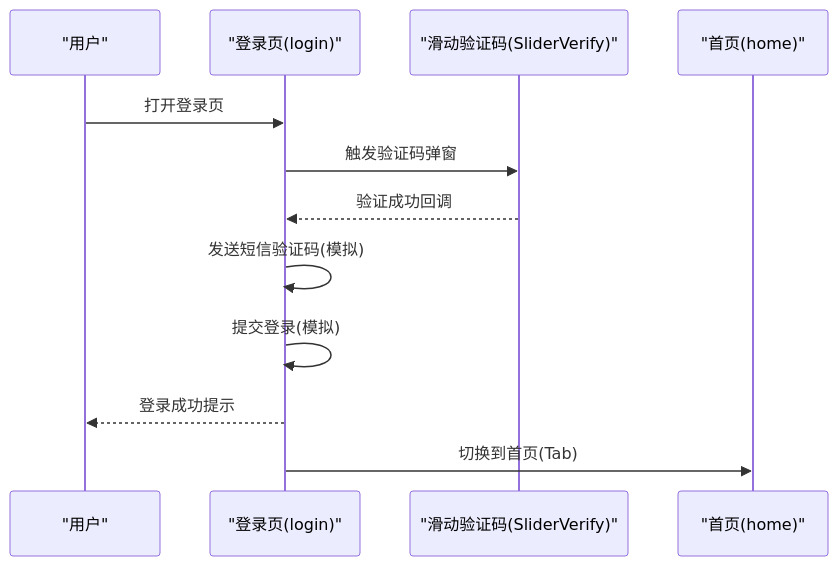
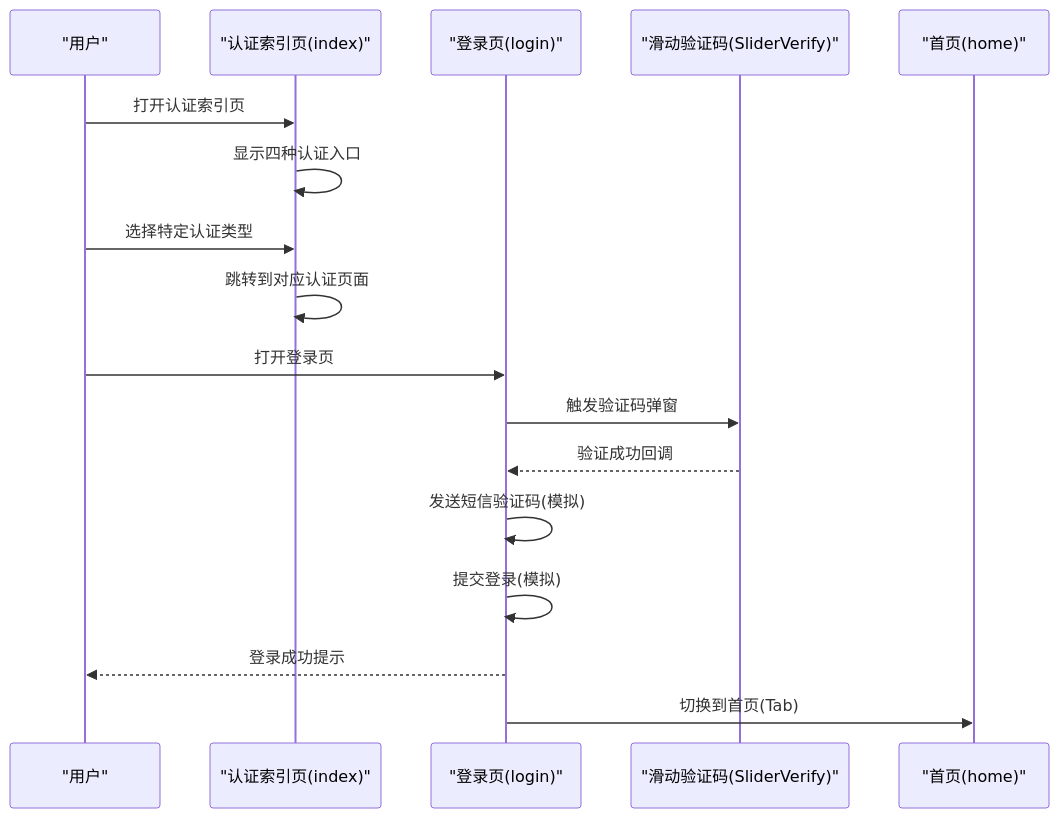
The second of 13 diagrams in .qoder/repowiki/zh/content/页面组件.md (zuolinbao/redbook), drawn with Mermaid before and after one commit. The commit also changed other lines of this file and 10 other files, not shown here.

````diff
--- a/.qoder/repowiki/zh/content/页面组件.md
+++ b/.qoder/repowiki/zh/content/页面组件.md
@@ -147,14 +169,19 @@
 ```mermaid
 sequenceDiagram
 participant U as "用户"
+participant I as "认证索引页(index)"
 participant L as "登录页(login)"
 participant S as "滑动验证码(SliderVerify)"
 participant H as "首页(home)"
+U->>I : 打开认证索引页
+I->>I : 显示四种认证入口
+U->>I : 选择特定认证类型
+I->>I : 跳转到对应认证页面
 U->>L : 打开登录页
 L->>S : 触发验证码弹窗
 S-->>L : 验证成功回调
 L->>L : 发送短信验证码(模拟)
 L->>L : 提交登录(模拟)
 L-->>U : 登录成功提示
 L->>H : 切换到首页(Tab)
 ```
````
